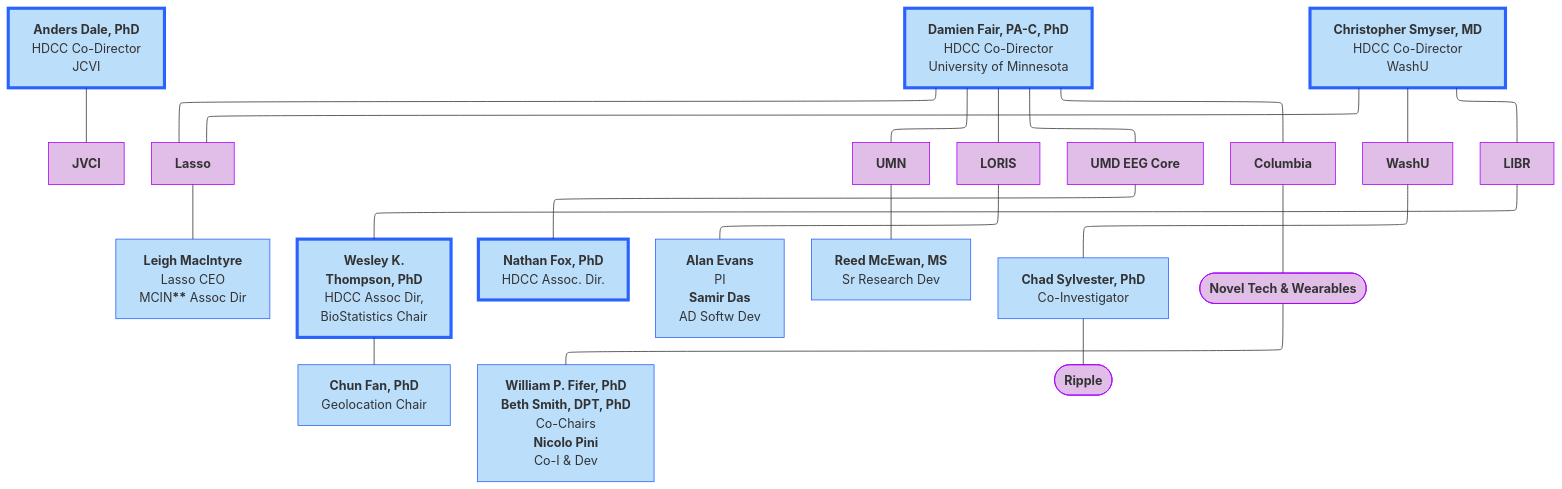
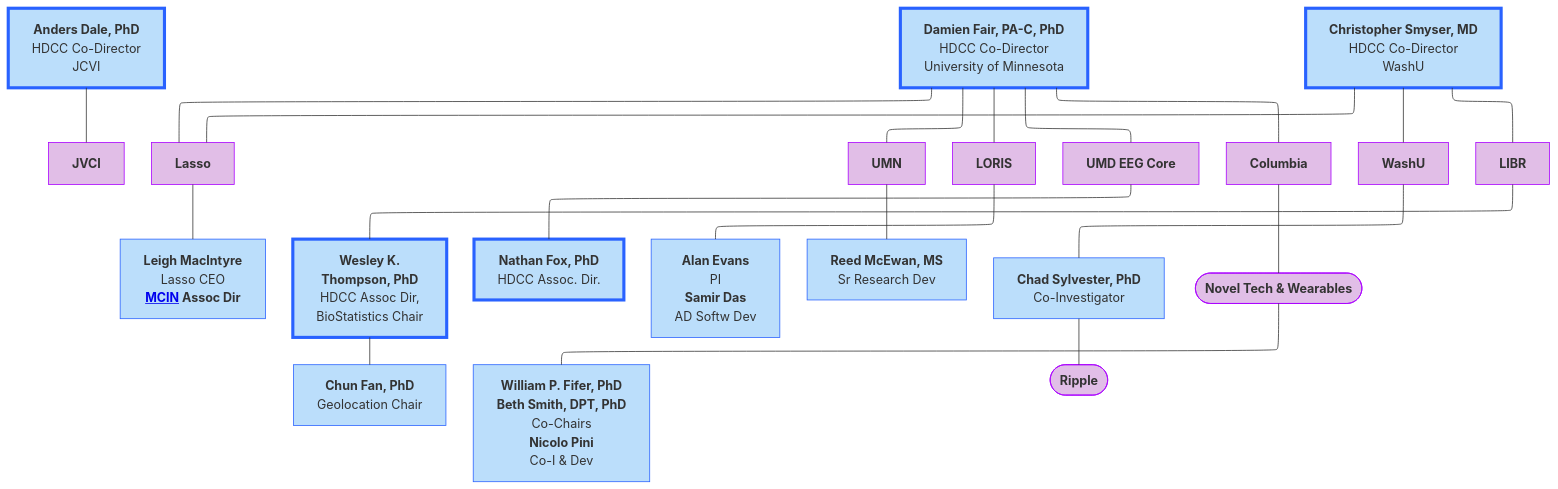
The first of 9 diagrams in docs/orgcharts.md (DCAN-Labs/hbcd-docs-internal), drawn with Mermaid before and after one commit. The commit also changed other lines of this file, not shown here.

Commit message:
add links to MCIN

````diff
--- a/docs/orgcharts.md
+++ b/docs/orgcharts.md
@@ -26,47 +12,47 @@
 ```mermaid
 ---
 config:
   layout: elk
 ---
 flowchart TB
     n2["<b>Anders Dale, PhD<br></b>HDCC Co-Director<br>JCVI"] --- jvci["<b>JVCI</b>"]
     E["<b>Damien Fair, PA-C, PhD</b><br>HDCC Co-Director<br>University of Minnesota"] --- lasso["<b>Lasso</b>"] & umn["<b>UMN</b>"] & n7["<b>LORIS</b>"] & n8["<b>UMD EEG Core</b>"] & n11["<b>Columbia</b>"]
-    lasso --- lasso1["<b>Leigh MacIntyre</b><br>Lasso CEO<br>MCIN<b>**</b> Assoc Dir"]
+    lasso --- lasso1["<b>Leigh MacIntyre</b><br>Lasso CEO<br><a href="https://mcin.ca/about-mcin/"><b>MCIN</a> Assoc Dir"]
     n1["<b>Christopher Smyser, MD<br></b>HDCC Co-Director<br>WashU"] --- n10["<b>WashU</b><br>"] & n12["<b>LIBR</b>"] & lasso
     n16["<b>Wesley K.<br>Thompson, PhD</b><br>HDCC Assoc Dir,<br>BioStatistics Chair"] --- n17["<b>Chun Fan, PhD</b><br>Geolocation Chair"]
     n12 --- n16
     n8 --- n19["<b>Nathan Fox, PhD<br></b>HDCC Assoc. Dir."]
     n7 --- n20["<b>Alan Evans</b><br>PI<br><b>Samir Das</b><br>AD Softw Dev"]
     umn --- reed["<b>Reed McEwan, MS</b><br>Sr Research Dev"]
     n10 --- n22["<b>Chad Sylvester, PhD</b><br>Co-Investigator"]
     n11 --- n23(["<b>Novel Tech &amp; Wearables</b>"])
     n23 --- n18["<b>William P. Fifer, PhD</b><br><b>Beth Smith, DPT, PhD</b><br>Co-Chairs<br><b>Nicolo Pini<br></b>Co-I &amp; Dev"]
     n22 --- n24(["<b>Ripple</b>"])
     style n2 fill:#BBDEFB,stroke:#2962FF,stroke-width:4px
     style jvci fill:#E1BEE7,stroke:#AA00FF
     style E fill:#BBDEFB,stroke:#2962FF,stroke-width:4px
     style lasso fill:#E1BEE7,stroke:#AA00FF
     style umn fill:#E1BEE7,stroke:#AA00FF
     style n7 fill:#E1BEE7,stroke:#AA00FF
     style n8 fill:#E1BEE7,stroke:#AA00FF
     style n11 fill:#E1BEE7,stroke:#AA00FF
     style lasso1 fill:#BBDEFB,stroke:#2962FF
     style n1 fill:#BBDEFB,stroke:#2962FF,stroke-width:4px
     style n10 fill:#E1BEE7,stroke:#AA00FF
     style n12 fill:#E1BEE7,stroke:#AA00FF
     style n16 fill:#BBDEFB,stroke:#2962FF,stroke-width:4px
     style n17 fill:#BBDEFB,stroke:#2962FF
     style n19 fill:#BBDEFB,stroke:#2962FF,stroke-width:4px
     style n20 fill:#BBDEFB,stroke:#2962FF
     style reed fill:#BBDEFB,stroke:#2962FF
     style n22 fill:#BBDEFB,stroke:#2962FF
     style n23 fill:#E1BEE7,stroke:#AA00FF
     style n18 fill:#BBDEFB,stroke:#2962FF
     style n24 fill:#E1BEE7,stroke:#AA00FF
     click jvci "#j-craig-venter-institute"
     click lasso "#lasso"
     click umn "#university-of-minnesota"
     click n7 "#loris"
     click n8 "#umd-eeg-core"
     click n10 "#washu"
 ```
````
